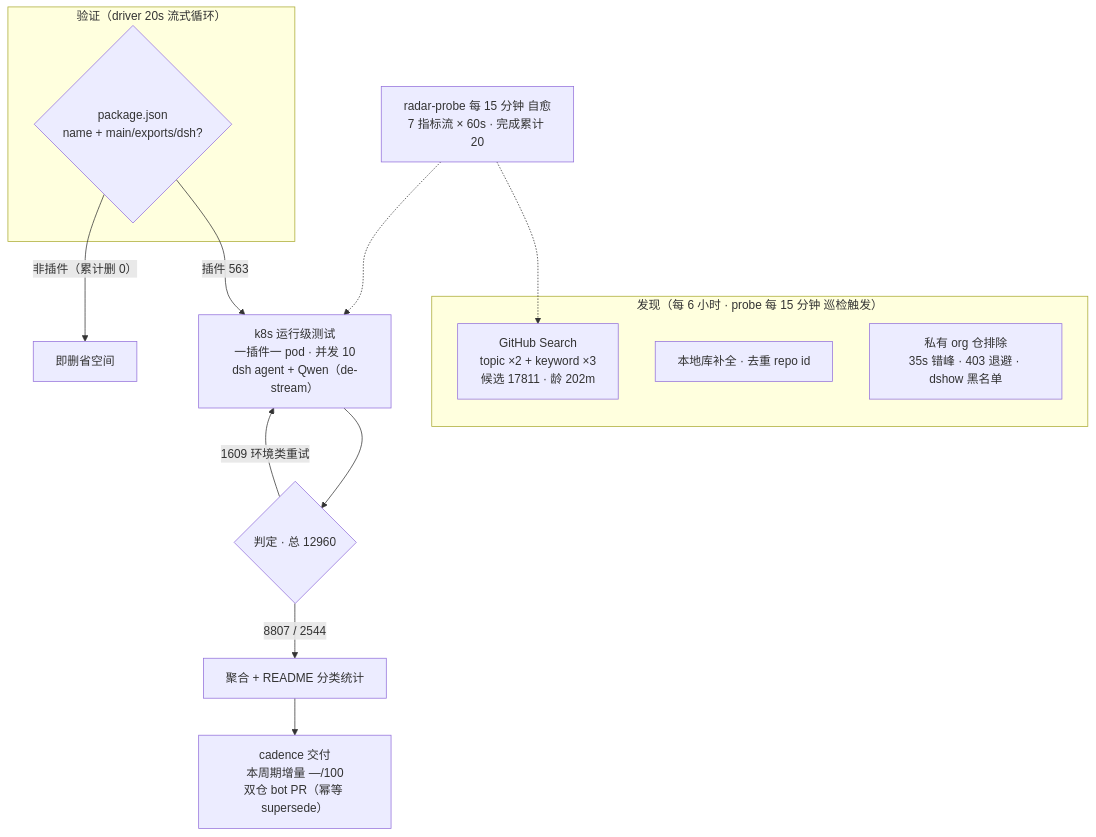
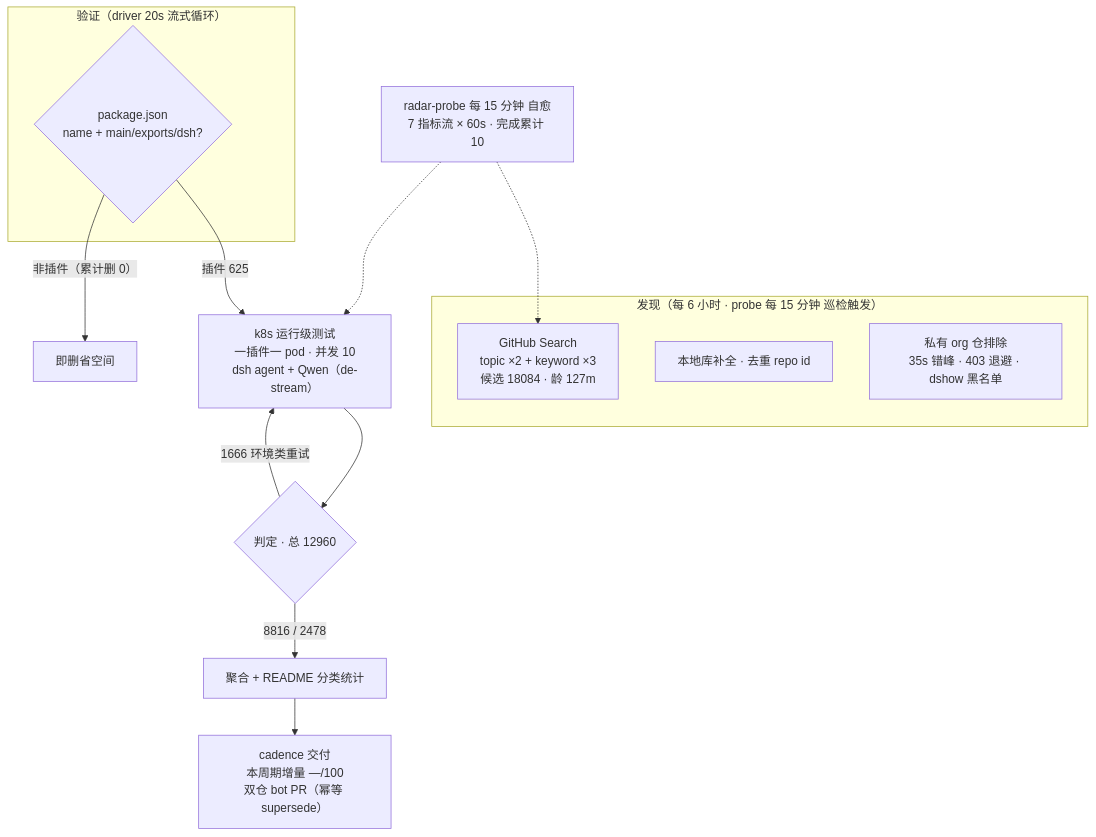
One commit to Zhidao-Lab-OSS/awesome-dsh-plugins changed the diagram in README.md. Above: the diagram before and after it, drawn with Mermaid. The commit also changed other lines of this file and 1 other file, not shown here.

````diff
--- a/README.md
+++ b/README.md
@@ -52,20 +52,20 @@
 ```mermaid
 flowchart TB
     subgraph Discovery["发现（每 6 小时 · probe 每 15 分钟 巡检触发）"]
-        A1["GitHub Search<br/>topic ×2 + keyword ×3<br/>候选 17811 · 龄 202m"]
+        A1["GitHub Search<br/>topic ×2 + keyword ×3<br/>候选 18084 · 龄 127m"]
         A2["本地库补全 · 去重 repo id"]
         A3["私有 org 仓排除<br/>35s 错峰 · 403 退避 · dshow 黑名单"]
     end
     subgraph Validation["验证（driver 20s 流式循环）"]
         B1{"package.json<br/>name + main/exports/dsh?"}
     end
-    B1 -->|"插件 563"| C1["k8s 运行级测试<br/>一插件一 pod · 并发 10<br/>dsh agent + Qwen（de-stream）"]
+    B1 -->|"插件 625"| C1["k8s 运行级测试<br/>一插件一 pod · 并发 10<br/>dsh agent + Qwen（de-stream）"]
     B1 -->|"非插件（累计删 0）"| B3["即删省空间"]
     C1 --> D1{"判定 · 总 12960"}
-    D1 -->|"8807 / 2544"| E1["聚合 + README 分类统计"]
-    D1 -->|"1609 环境类重试"| C1
+    D1 -->|"8816 / 2478"| E1["聚合 + README 分类统计"]
+    D1 -->|"1666 环境类重试"| C1
     E1 --> E2["cadence 交付<br/>本周期增量 —/100<br/>双仓 bot PR（幂等 supersede）"]
-    M["radar-probe 每 15 分钟 自愈<br/>7 指标流 × 60s · 完成累计 20"]
+    M["radar-probe 每 15 分钟 自愈<br/>7 指标流 × 60s · 完成累计 10"]
     M -.-> A1
     M -.-> C1
 ```
````
